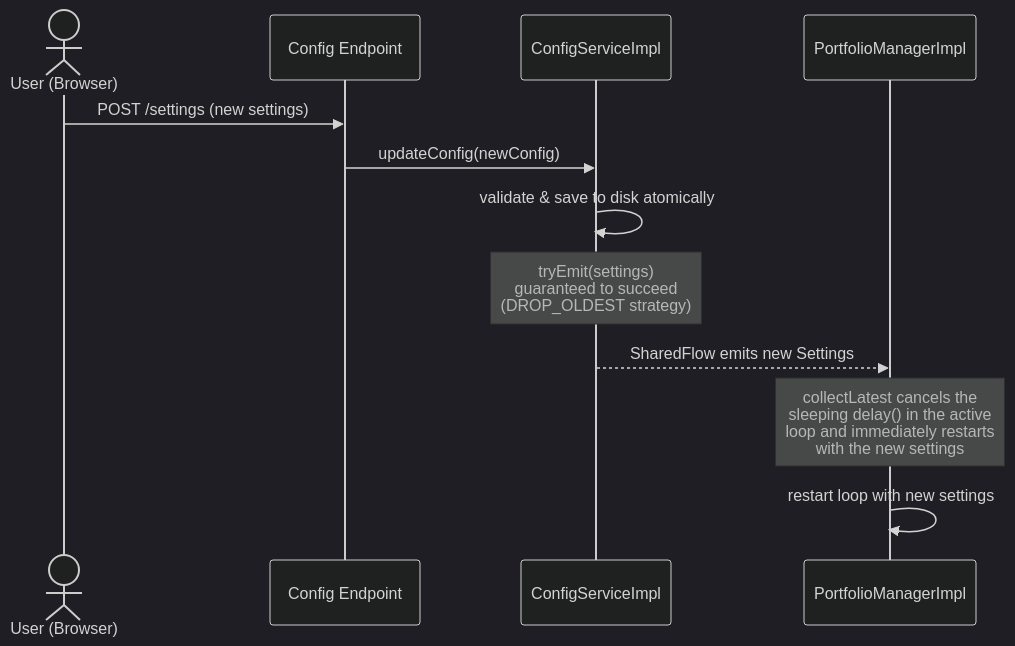
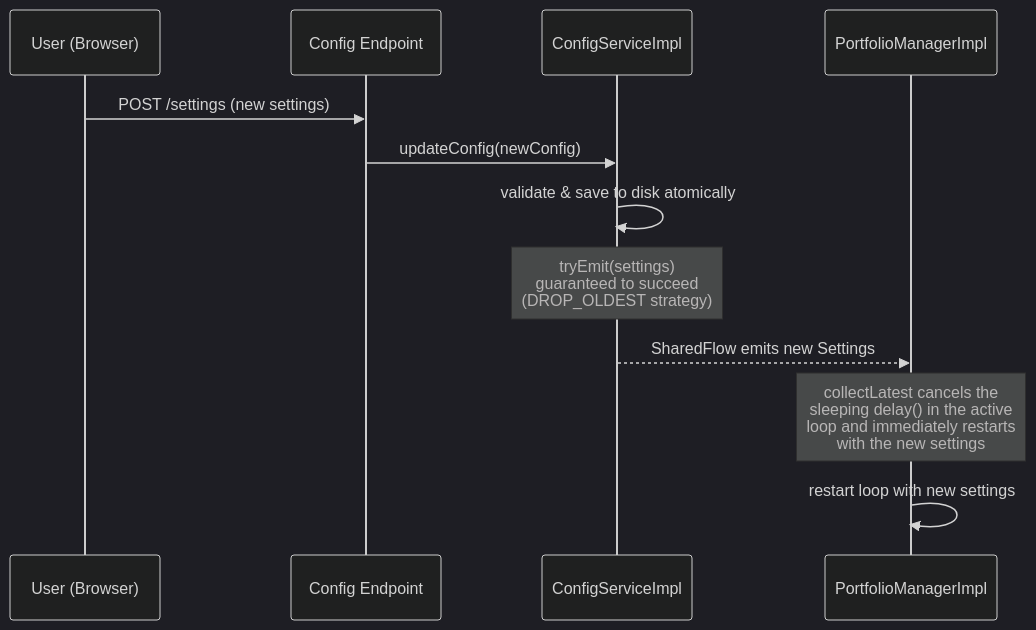
The second of 5 diagrams in docs/FLOWS.md (HyperVon/new-kraken-rebalancer), drawn with Mermaid (dark theme) before and after one commit. The commit also changed 23 other files, not shown here.

First line of the commit message:
docs: add user guide, screenshot refresh, and Mermaid 8.x validation

````diff
--- a/docs/FLOWS.md
+++ b/docs/FLOWS.md
@@ -99,16 +99,16 @@
 ```mermaid
 sequenceDiagram
-    actor User as User (Browser)
+    participant User as User (Browser)
     participant API as Config Endpoint
     participant CS as ConfigServiceImpl
     participant PM as PortfolioManagerImpl
 
     User->>API: POST /settings (new settings)
     API->>CS: updateConfig(newConfig)
     CS->>CS: validate & save to disk atomically
     note over CS: tryEmit(settings)<br/>guaranteed to succeed<br/>(DROP_OLDEST strategy)
     CS-->>PM: SharedFlow emits new Settings
 
     note over PM: collectLatest cancels the<br/>sleeping delay() in the active<br/>loop and immediately restarts<br/>with the new settings
     PM->>PM: restart loop with new settings
 ```
````
